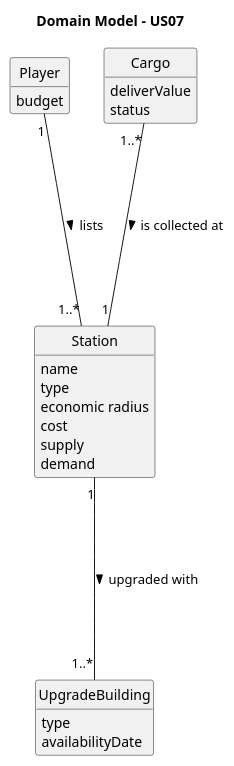
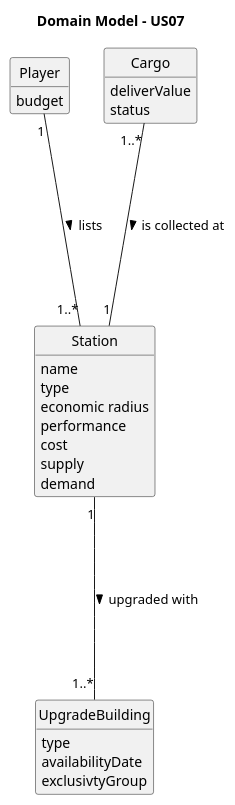
The diagram in docs/system-documentation/sprint 1/US07/02.analysis/puml/US007-DM.puml (Educ00/mdisc-2425), drawn with PlantUML before and after one commit. The commit also changed 20 other files, not shown here.

```diff
--- a/docs/system-documentation/sprint 1/US07/02.analysis/puml/US007-DM.puml
+++ b/docs/system-documentation/sprint 1/US07/02.analysis/puml/US007-DM.puml
@@ -1,40 +1,42 @@
 @startuml
 
 skinparam monochrome true
 skinparam packageStyle rectangle
 skinparam shadowing false
 skinparam classAttributeIconSize 0
 hide circle
 hide methods
 
 title Domain Model - US07
 
 class Station {
     name
     type
     economic radius
+    performance
     cost
     supply
     demand
 }
 
 class UpgradeBuilding {
     type
     availabilityDate
+    exclusivtyGroup
 }
 
 
 class Player {
     budget
 }
 
 class Cargo{
 deliverValue
 status
 }
 
 Station "1" ---- "1..*" UpgradeBuilding : upgraded with >
 Player "1" ---- "1..*" Station : lists >
 Cargo "1..*" ---- "1" Station : is collected at >
 
 @enduml
```
